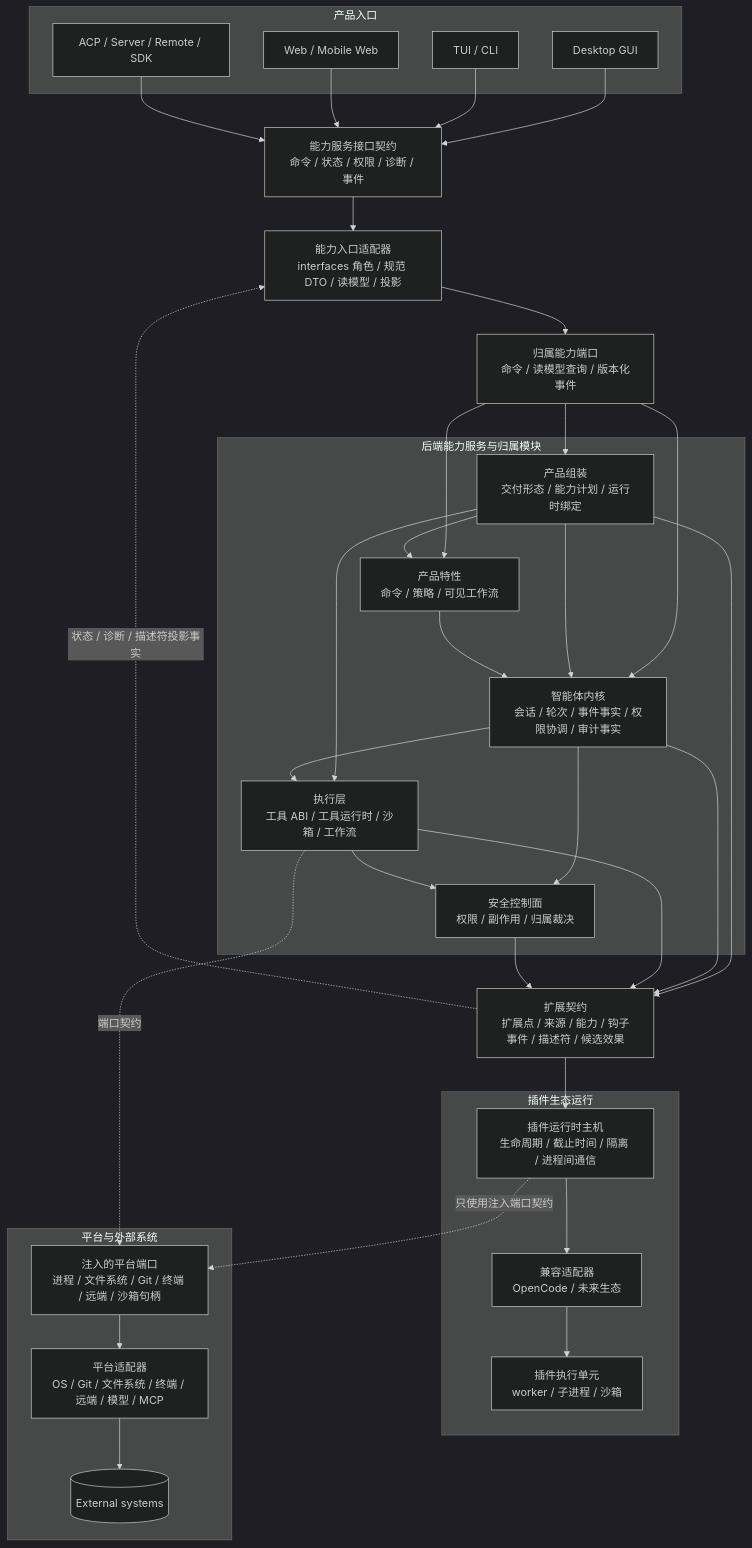
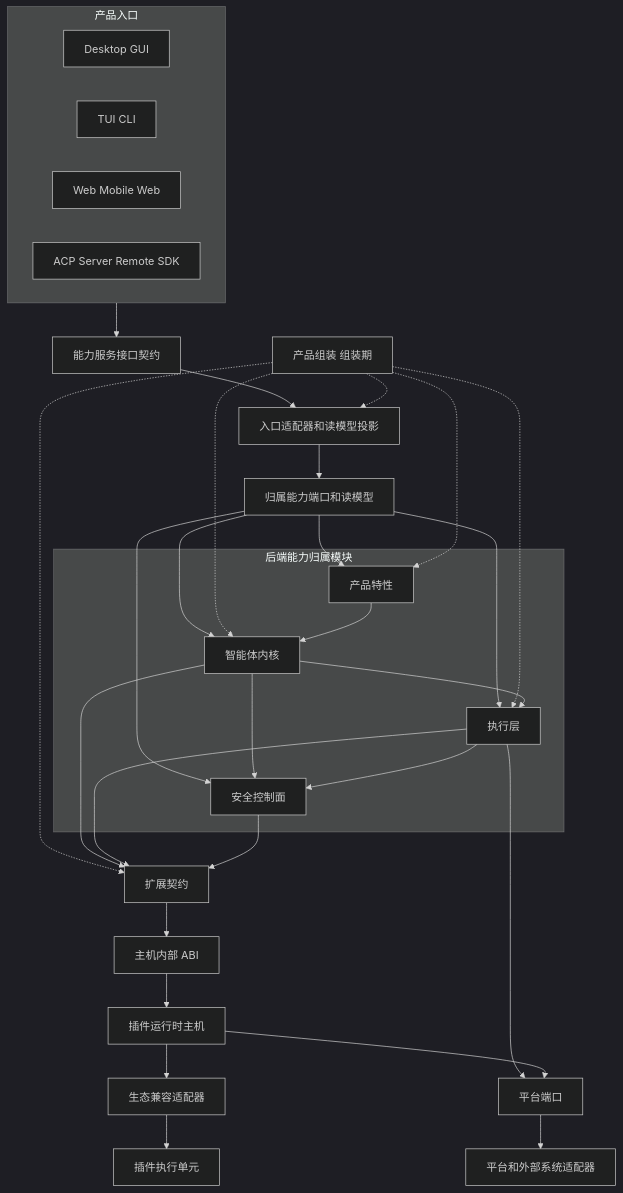
Before and after one commit to 1688mengdie/BitFun: the second of 4 diagrams in docs/architecture/product-architecture.md, drawn with Mermaid (dark theme). The commit also changed other lines of this file and 2 other files, not shown here.

Commit message:
docs: refine plugin architecture contracts

````diff
--- a/docs/architecture/product-architecture.md
+++ b/docs/architecture/product-architecture.md
@@ -69,68 +94,56 @@
 ```mermaid
 flowchart TB
-  subgraph Surfaces["产品入口"]
+  subgraph Entry["产品入口"]
     Desktop["Desktop GUI"]
-    CLI["TUI / CLI"]
-    Web["Web / Mobile Web"]
-    ACP["ACP / Server / Remote / SDK"]
+    Cli["TUI CLI"]
+    Web["Web Mobile Web"]
+    Protocol["ACP Server Remote SDK"]
   end
 
-  ServerAPI["能力服务接口契约<br/>命令 / 状态 / 权限 / 诊断 / 事件"]
-  SurfaceAdapter["能力入口适配器<br/>interfaces 角色 / 规范 DTO / 读模型 / 投影"]
-  BackendPorts["归属能力端口<br/>命令 / 读模型查询 / 版本化事件"]
+  ServerContract["能力服务接口契约"]
+  InterfaceAdapter["入口适配器和读模型投影"]
+  CapabilityPorts["归属能力端口和读模型"]
+  Assembly["产品组装 组装期"]
 
-  subgraph ProductBackend["后端能力服务与归属模块"]
-    Assembly["产品组装<br/>交付形态 / 能力计划 / 运行时绑定"]
-    Feature["产品特性<br/>命令 / 策略 / 可见工作流"]
-    Kernel["智能体内核<br/>会话 / 轮次 / 事件事实 / 权限协调 / 审计事实"]
-    Execution["执行层<br/>工具 ABI / 工具运行时 / 沙箱 / 工作流"]
-    Security["安全控制面<br/>权限 / 副作用 / 归属裁决"]
+  subgraph Backend["后端能力归属模块"]
+    Feature["产品特性"]
+    Kernel["智能体内核"]
+    Execution["执行层"]
+    Security["安全控制面"]
   end
 
-  ExtensionContract["扩展契约<br/>扩展点 / 来源 / 能力 / 钩子事件 / 描述符 / 候选效果"]
+  ExtensionContract["扩展契约"]
+  HostAbi["主机内部 ABI"]
+  PluginHost["插件运行时主机"]
+  PluginAdapter["生态兼容适配器"]
+  PluginUnit["插件执行单元"]
+  PlatformPorts["平台端口"]
+  PlatformAdapters["平台和外部系统适配器"]
 
-  subgraph PluginRuntime["插件生态运行"]
-    Host["插件运行时主机<br/>生命周期 / 截止时间 / 隔离 / 进程间通信"]
-    Adapter["兼容适配器<br/>OpenCode / 未来生态"]
-    PluginUnit["插件执行单元<br/>worker / 子进程 / 沙箱"]
-  end
-
-  subgraph PlatformBoundary["平台与外部系统"]
-    PlatformPorts["注入的平台端口<br/>进程 / 文件系统 / Git / 终端 / 远端 / 沙箱句柄"]
-    Platform["平台适配器<br/>OS / Git / 文件系统 / 终端 / 远端 / 模型 / MCP"]
-    External[("External systems")]
-  end
-
-  Desktop --> ServerAPI
-  CLI --> ServerAPI
-  Web --> ServerAPI
-  ACP --> ServerAPI
-
-  ServerAPI --> SurfaceAdapter
-  SurfaceAdapter --> BackendPorts
-  BackendPorts --> Assembly
-  BackendPorts --> Feature
-  BackendPorts --> Kernel
-
-  Assembly --> Feature
-  Assembly --> Kernel
-  Assembly --> Execution
-  Assembly --> ExtensionContract
+  Entry --> ServerContract
+  ServerContract --> InterfaceAdapter
+  InterfaceAdapter --> CapabilityPorts
+  CapabilityPorts --> Feature
+  CapabilityPorts --> Kernel
+  CapabilityPorts --> Execution
+  CapabilityPorts --> Security
+  Assembly -.-> InterfaceAdapter
+  Assembly -.-> Feature
+  Assembly -.-> Kernel
+  Assembly -.-> Execution
+  Assembly -.-> ExtensionContract
   Feature --> Kernel
   Kernel --> Execution
   Kernel --> Security
   Execution --> Security
-
   Kernel --> ExtensionContract
   Execution --> ExtensionContract
   Security --> ExtensionContract
-  ExtensionContract --> Host
-  ExtensionContract -. "状态 / 诊断 / 描述符投影事实" .-> SurfaceAdapter
-  Host --> Adapter
-  Adapter --> PluginUnit
-
-  Execution -. "端口契约" .-> PlatformPorts
-  Host -. "只使用注入端口契约" .-> PlatformPorts
-  PlatformPorts --> Platform
-  Platform --> External
+  ExtensionContract --> HostAbi
+  HostAbi --> PluginHost
+  PluginHost --> PluginAdapter
+  PluginAdapter --> PluginUnit
+  Execution --> PlatformPorts
+  PluginHost --> PlatformPorts
+  PlatformPorts --> PlatformAdapters
 ```
````
